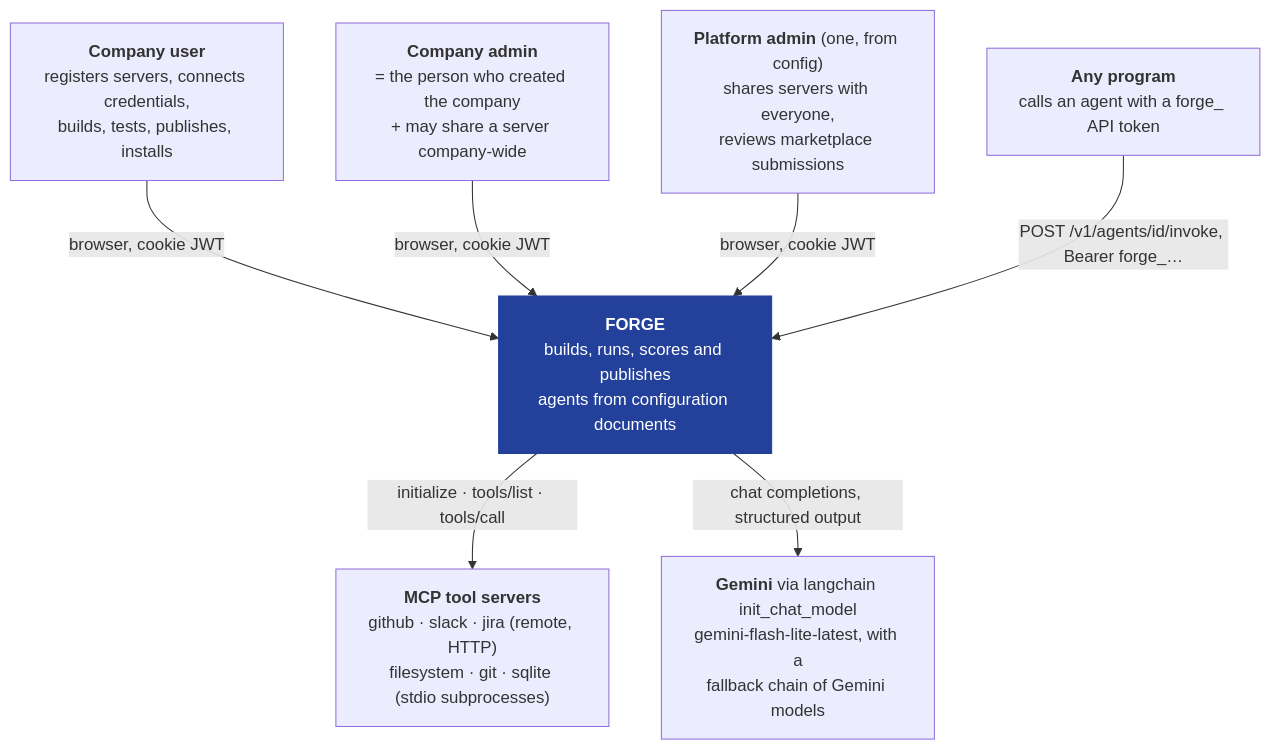
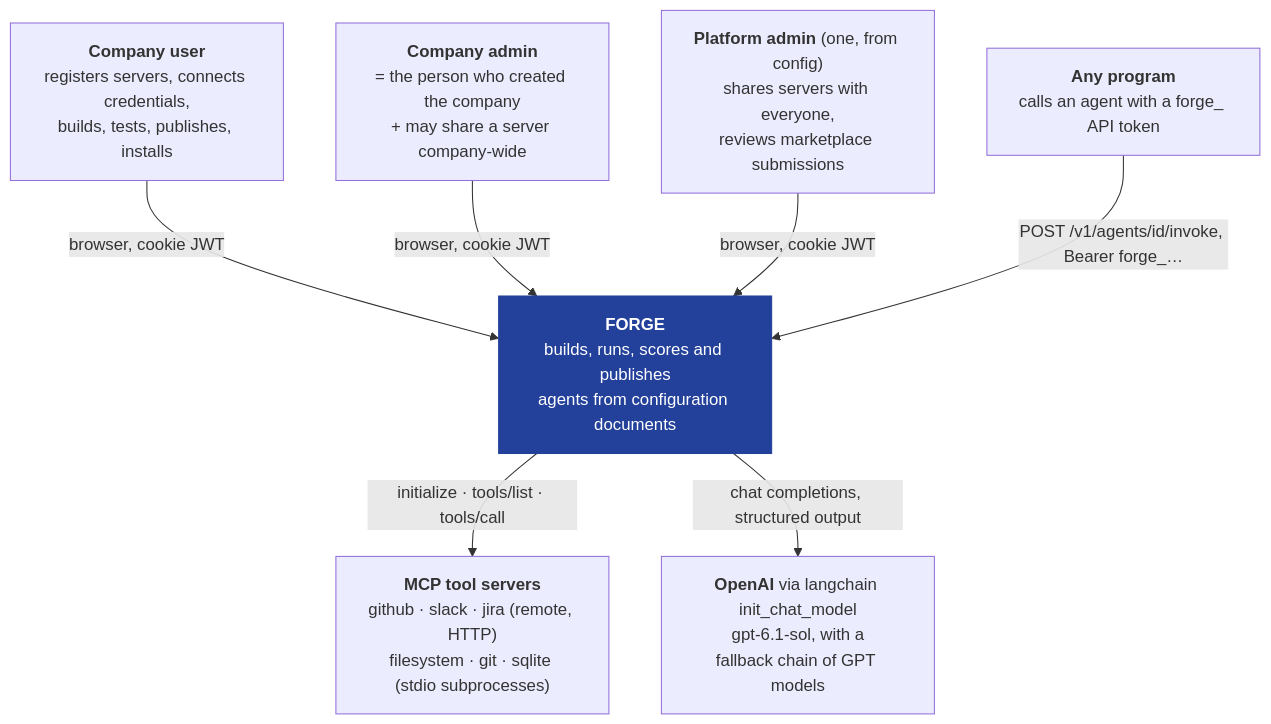
One commit to Shivanilarokar/AgentPlatformCapstone changed the first of 15 diagrams in docs/DESIGN.md. Above: the diagram before and after it, drawn with Mermaid. The commit also changed other lines of this file and 20 other files, not shown here.

First line of the commit message:
changed llm to openai insted gemini

````diff
--- a/docs/DESIGN.md
+++ b/docs/DESIGN.md
@@ -20,20 +20,20 @@
 ```mermaid
 graph TB
     USR["<b>Company user</b><br/>registers servers, connects credentials,<br/>builds, tests, publishes, installs"]
     CADM["<b>Company admin</b><br/>= the person who created the company<br/>+ may share a server company-wide"]
     PADM["<b>Platform admin</b> (one, from config)<br/>shares servers with everyone,<br/>reviews marketplace submissions"]
     DEV["<b>Any program</b><br/>calls an agent with a forge_ API token"]
 
     SYS["<b>FORGE</b><br/>builds, runs, scores and publishes<br/>agents from configuration documents"]
 
     MCP["<b>MCP tool servers</b><br/>github · slack · jira (remote, HTTP)<br/>filesystem · git · sqlite (stdio subprocesses)"]
-    LLM["<b>Gemini</b> via langchain init_chat_model<br/>gemini-flash-lite-latest, with a<br/>fallback chain of Gemini models"]
+    LLM["<b>OpenAI</b> via langchain init_chat_model<br/>gpt-6.1-sol, with a<br/>fallback chain of GPT models"]
 
     USR -->|"browser, cookie JWT"| SYS
     CADM -->|"browser, cookie JWT"| SYS
     PADM -->|"browser, cookie JWT"| SYS
     DEV -->|"POST /v1/agents/id/invoke, Bearer forge_…"| SYS
     SYS -->|"initialize · tools/list · tools/call"| MCP
     SYS -->|"chat completions, structured output"| LLM
     style SYS fill:#23409B,color:#fff,stroke:#23409B
 ```
````
